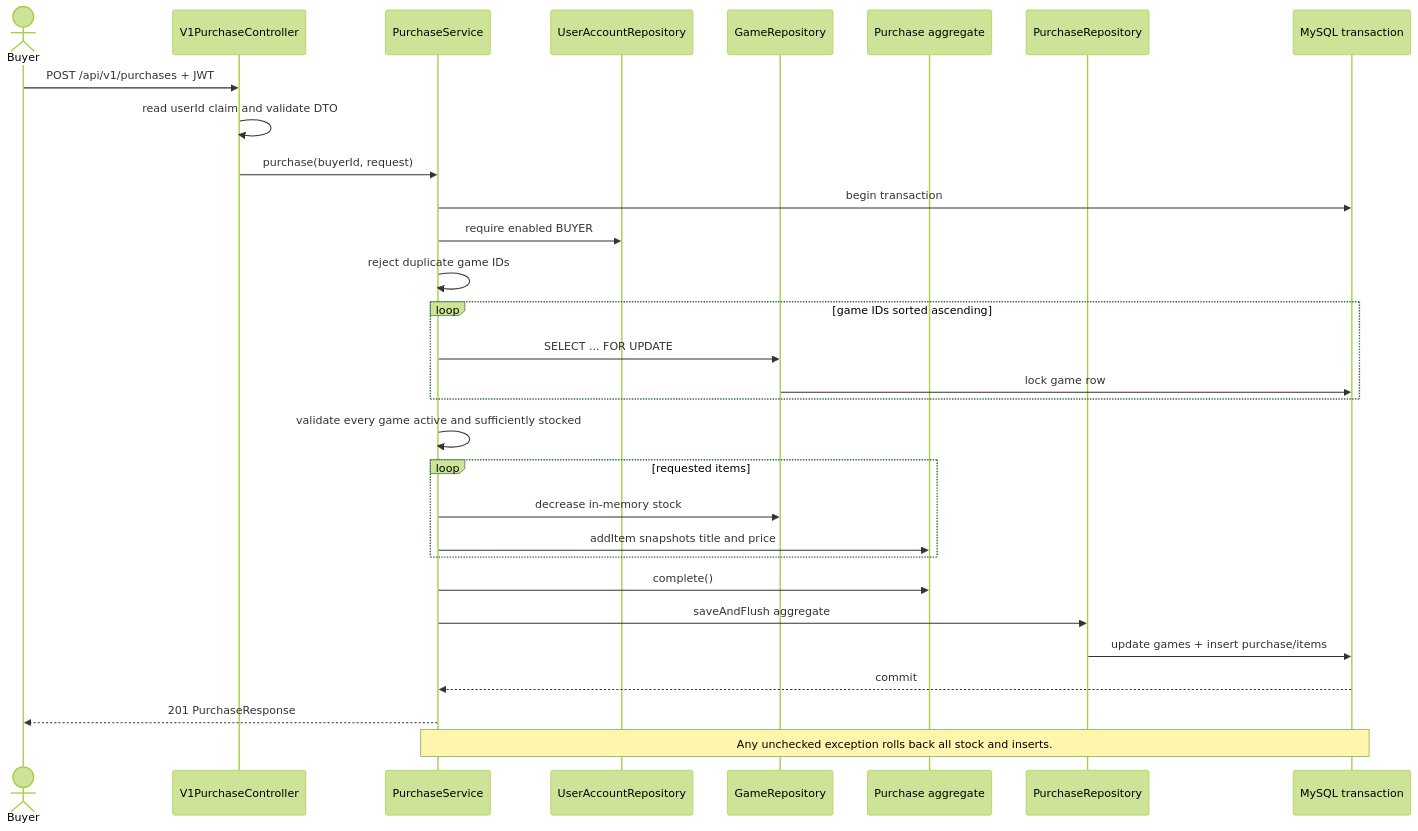
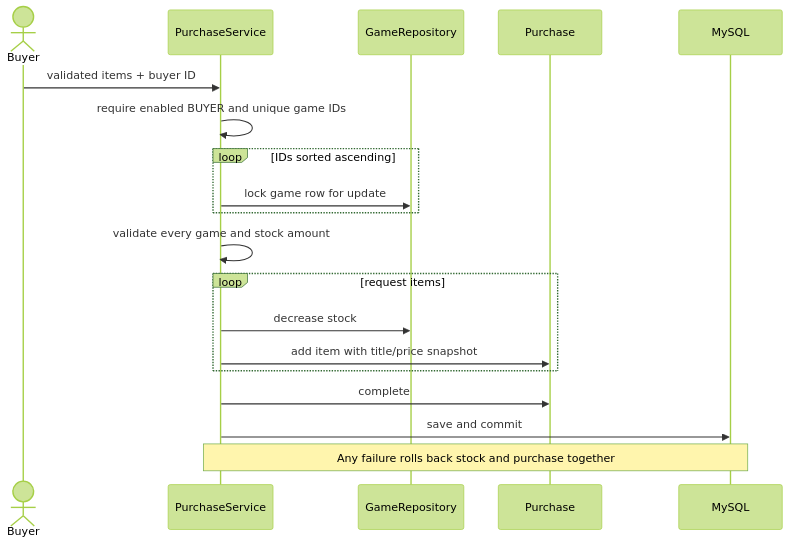
One commit to vladyc1234/API-store-management-tool changed the second of 2 diagrams in GAME_STORE_ARCHITECTURE_AND_OOP_HANDBOOK.md. Above: the diagram before and after it, drawn with Mermaid (forest theme). The commit also changed other lines of this file, not shown here.

Commit message:
docs: simplify architecture handbook

````diff
--- a/GAME_STORE_ARCHITECTURE_AND_OOP_HANDBOOK.md
+++ b/GAME_STORE_ARCHITECTURE_AND_OOP_HANDBOOK.md
@@ -555,34 +169,22 @@
 ```mermaid
 sequenceDiagram
     actor Buyer
-    participant Controller as V1PurchaseController
     participant Service as PurchaseService
-    participant Users as UserAccountRepository
     participant Games as GameRepository
-    participant Purchase as Purchase aggregate
-    participant Purchases as PurchaseRepository
-    participant DB as MySQL transaction
+    participant Order as Purchase
+    participant DB as MySQL
 
-    Buyer->>Controller: POST /api/v1/purchases + JWT
-    Controller->>Controller: read userId claim and validate DTO
-    Controller->>Service: purchase(buyerId, request)
-    Service->>DB: begin transaction
-    Service->>Users: require enabled BUYER
-    Service->>Service: reject duplicate game IDs
-    loop game IDs sorted ascending
-        Service->>Games: SELECT ... FOR UPDATE
-        Games->>DB: lock game row
+    Buyer->>Service: validated items + buyer ID
+    Service->>Service: require enabled BUYER and unique game IDs
+    loop IDs sorted ascending
+        Service->>Games: lock game row for update
     end
-    Service->>Service: validate every game active and sufficiently stocked
-    loop requested items
-        Service->>Games: decrease in-memory stock
-        Service->>Purchase: addItem snapshots title and price
+    Service->>Service: validate every game and stock amount
+    loop request items
+        Service->>Games: decrease stock
+        Service->>Order: add item with title/price snapshot
     end
-    Service->>Purchase: complete()
-    Service->>Purchases: saveAndFlush aggregate
-    Purchases->>DB: update games + insert purchase/items
-    DB-->>Service: commit
-    Service-->>Buyer: 201 PurchaseResponse
-
-    Note over Service,DB: Any unchecked exception rolls back all stock and inserts.
+    Service->>Order: complete
+    Service->>DB: save and commit
+    Note over Service,DB: Any failure rolls back stock and purchase together
 ```
````
